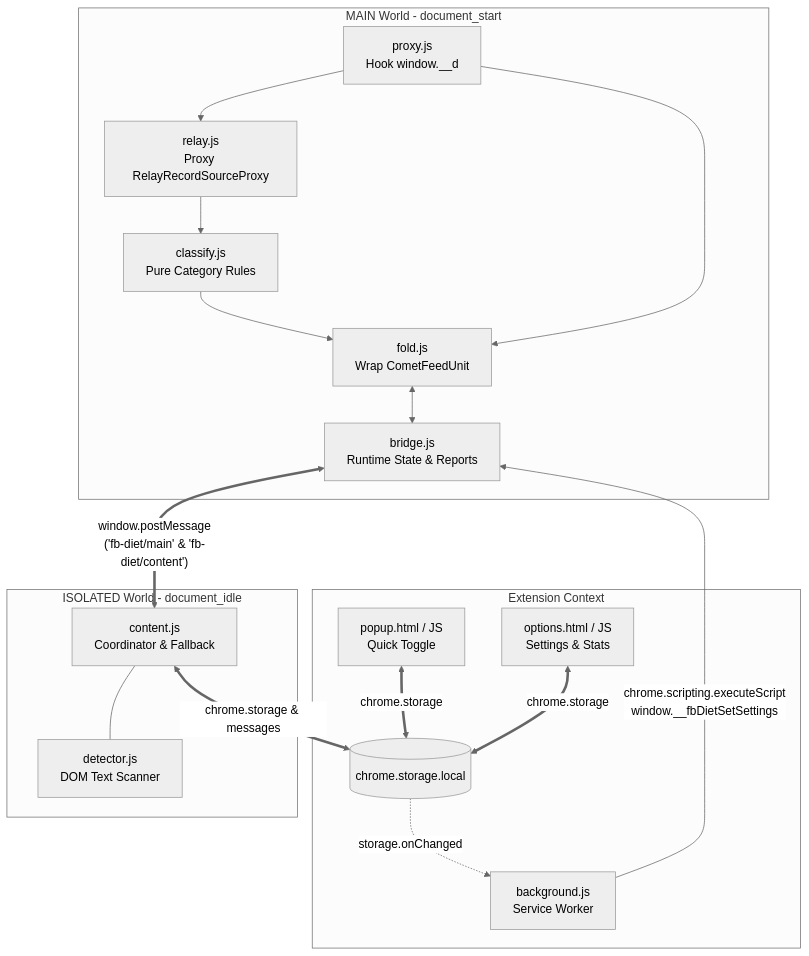
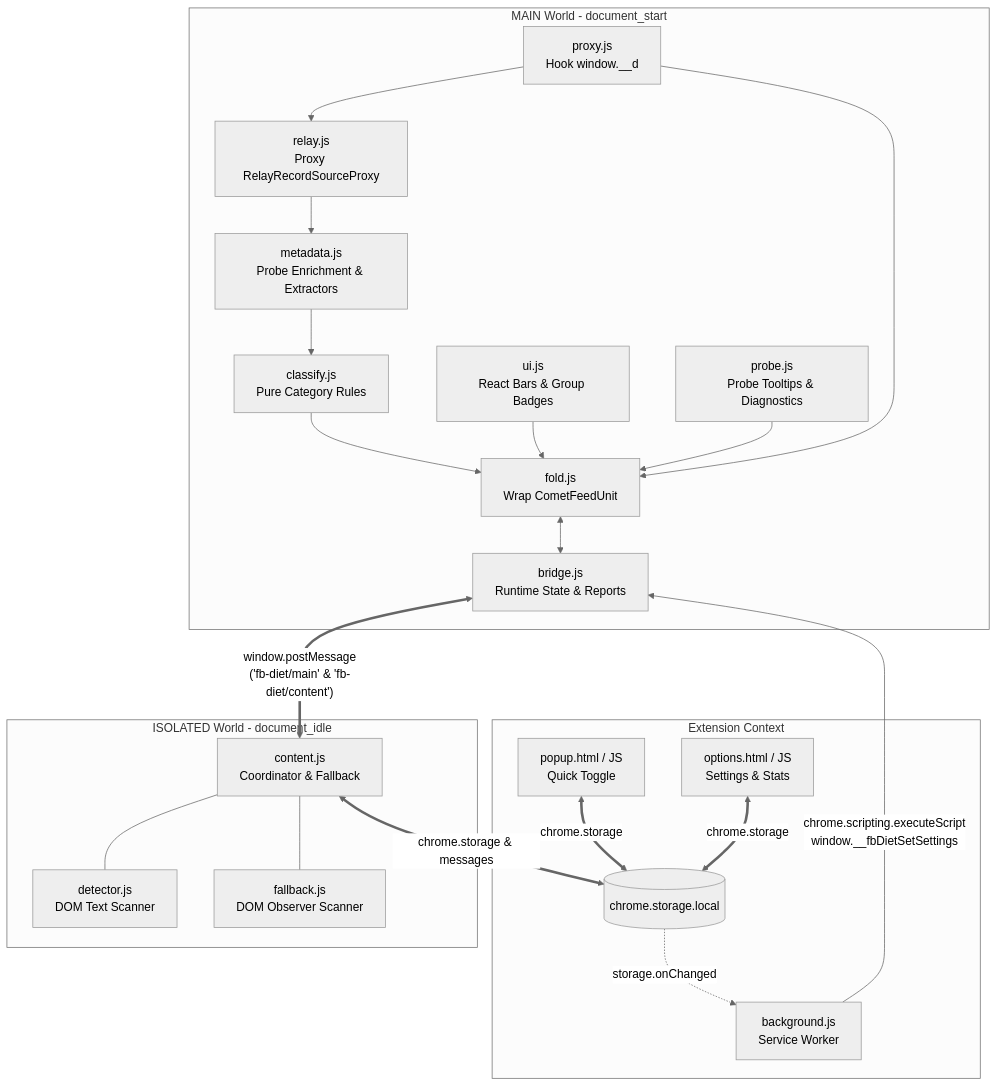
The diagram in docs/architecture.md (Amppa/fb-feed-diet), drawn with Mermaid (neutral theme) before and after one commit. The commit also changed other lines of this file, not shown here.

Commit message:
docs: synchronize architecture.md with all inject modules and background service worker

````diff
--- a/docs/architecture.md
+++ b/docs/architecture.md
@@ -9,31 +9,36 @@
 ```mermaid
 graph TD
     subgraph MAIN World [MAIN World - document_start]
         P[proxy.js<br/>Hook window.__d] --> R[relay.js<br/>Proxy RelayRecordSourceProxy]
-        R --> C[classify.js<br/>Pure Category Rules]
-        P --> F[fold.js<br/>Wrap CometFeedUnit]
+        R --> M[metadata.js<br/>Probe Enrichment & Extractors]
+        M --> C[classify.js<br/>Pure Category Rules]
+        UI[ui.js<br/>React Bars & Group Badges] --> F[fold.js<br/>Wrap CometFeedUnit]
+        PR[probe.js<br/>Probe Tooltips & Diagnostics] --> F
+        P --> F
         C --> F
         F <--> B[bridge.js<br/>Runtime State & Reports]
     end
 
     subgraph ISOLATED World [ISOLATED World - document_idle]
         CS[content.js<br/>Coordinator & Fallback]
         DET[detector.js<br/>DOM Text Scanner]
+        FALL[fallback.js<br/>DOM Observer Scanner]
         CS --- DET
+        CS --- FALL
     end
 
     subgraph Extension Core [Extension Context]
         BG[background.js<br/>Service Worker]
         POP[popup.html / JS<br/>Quick Toggle]
         OPT[options.html / JS<br/>Settings & Stats]
         STR[(chrome.storage.local)]
     end
 
     %% Communication
     B <==>|"window.postMessage<br/>('fb-diet/main' & 'fb-diet/content')"| CS
     BG -->|"chrome.scripting.executeScript<br/>window.__fbDietSetSettings"| B
     CS <==>|"chrome.storage & messages"| STR
     OPT <==>|"chrome.storage"| STR
     POP <==>|"chrome.storage"| STR
     STR -.->|"storage.onChanged"| BG
 ```
````
